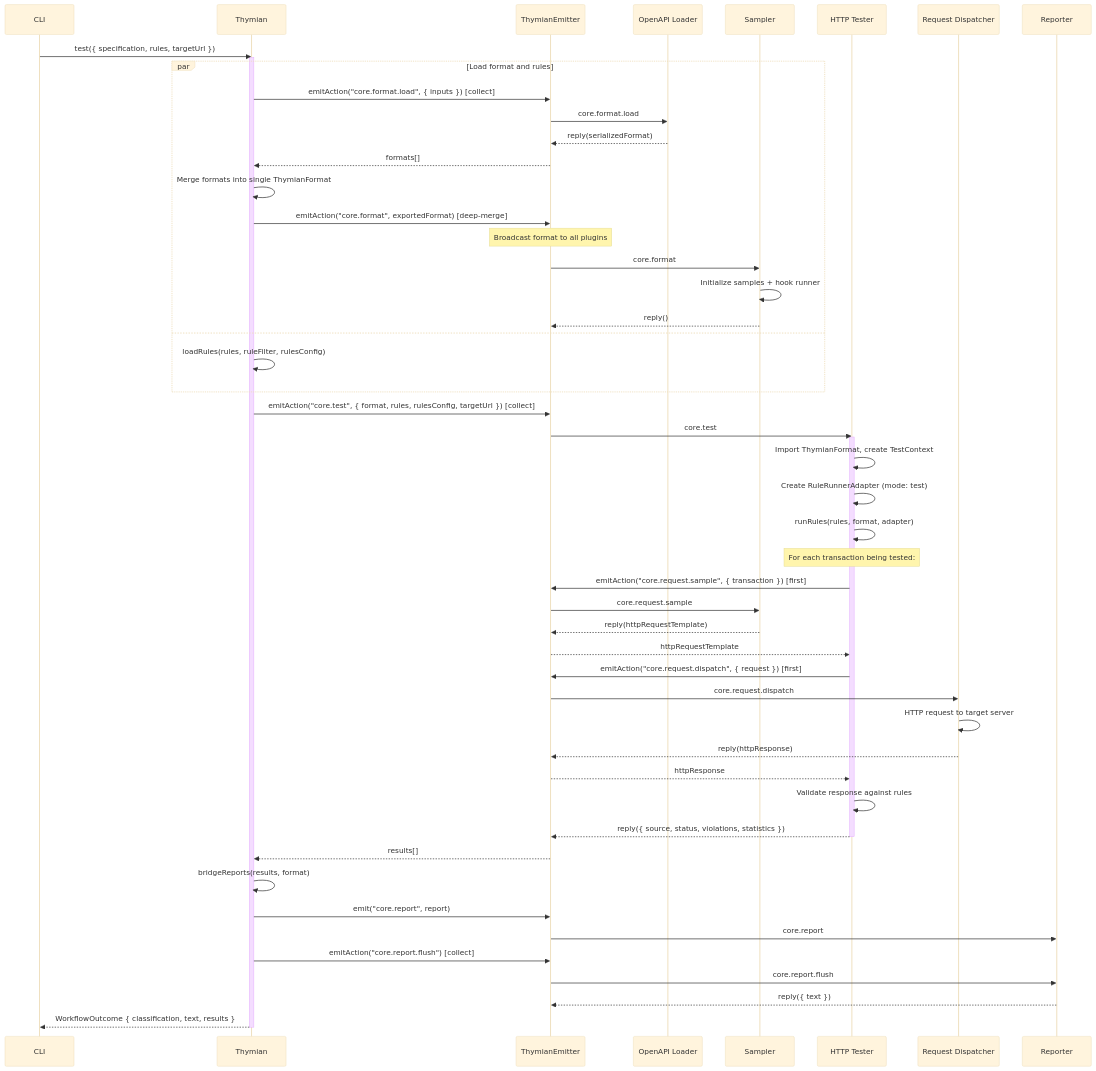
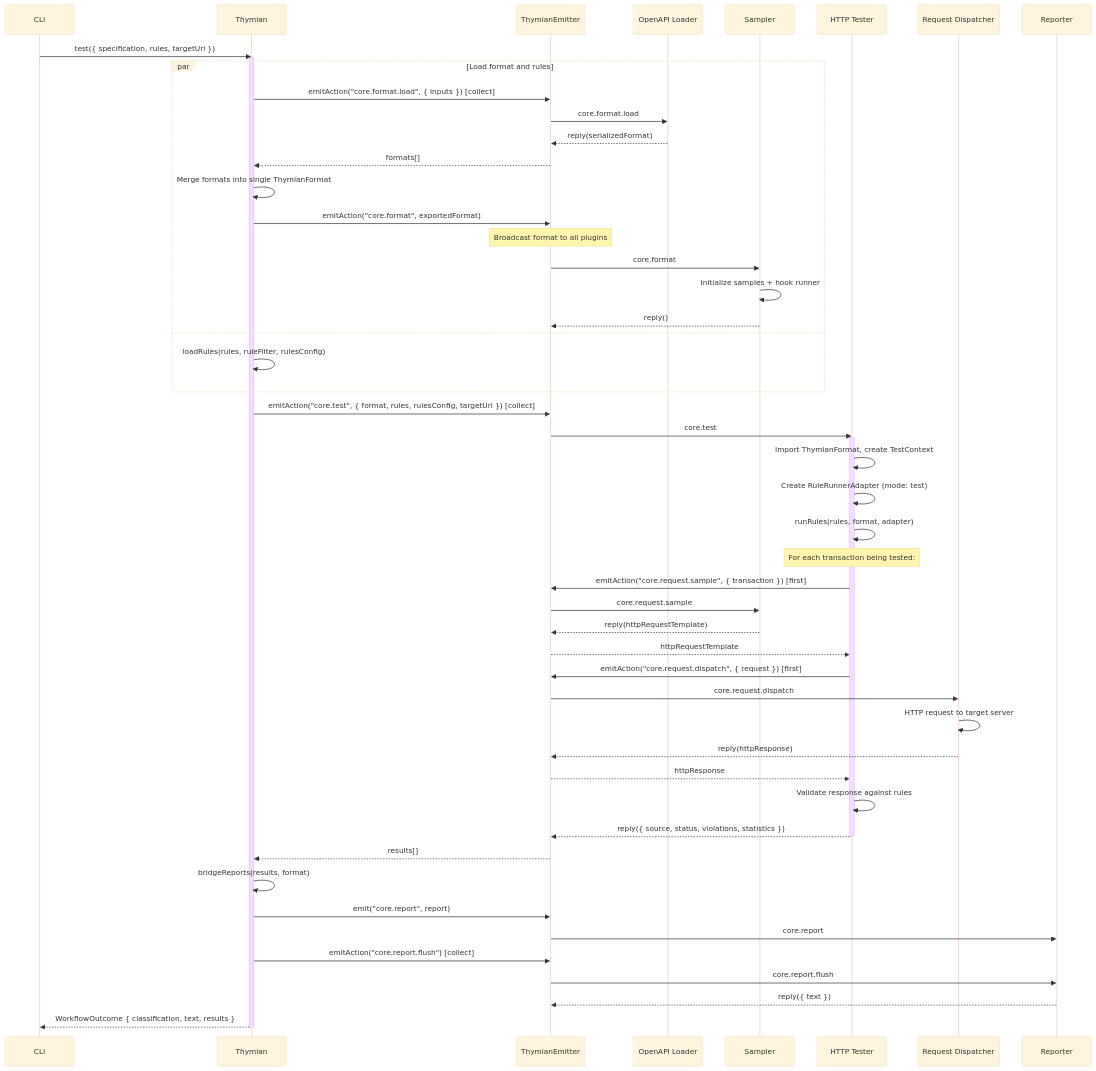
The third of 4 diagrams in docs/arc42/06-runtime-view.md (thymianofficial/thymian), drawn with Mermaid (base theme) before and after one commit. The commit also changed 4 other files, not shown here.

````diff
--- a/docs/arc42/06-runtime-view.md
+++ b/docs/arc42/06-runtime-view.md
@@ -118,68 +118,68 @@
 ```mermaid
 sequenceDiagram
   participant CLI as CLI
   participant T as Thymian
   participant E as ThymianEmitter
   participant OA as OpenAPI Loader
   participant S as Sampler
   participant HT as HTTP Tester
   participant RD as Request Dispatcher
   participant R as Reporter
 
   CLI->>T: test({ specification, rules, targetUrl })
   activate T
 
   par Load format and rules
     T->>E: emitAction("core.format.load", { inputs }) [collect]
     E->>OA: core.format.load
     OA-->>E: reply(serializedFormat)
     E-->>T: formats[]
     T->>T: Merge formats into single ThymianFormat
 
-    T->>E: emitAction("core.format", exportedFormat) [deep-merge]
+    T->>E: emitAction("core.format", exportedFormat)
     Note over E: Broadcast format to all plugins
     E->>S: core.format
     S->>S: Initialize samples + hook runner
     S-->>E: reply()
   and
     T->>T: loadRules(rules, ruleFilter, rulesConfig)
   end
 
   T->>E: emitAction("core.test", { format, rules, rulesConfig, targetUrl }) [collect]
   E->>HT: core.test
   activate HT
 
   HT->>HT: Import ThymianFormat, create TestContext
   HT->>HT: Create RuleRunnerAdapter (mode: test)
   HT->>HT: runRules(rules, format, adapter)
 
   Note over HT: For each transaction being tested:
   HT->>E: emitAction("core.request.sample", { transaction }) [first]
   E->>S: core.request.sample
   S-->>E: reply(httpRequestTemplate)
   E-->>HT: httpRequestTemplate
 
   HT->>E: emitAction("core.request.dispatch", { request }) [first]
   E->>RD: core.request.dispatch
   RD->>RD: HTTP request to target server
   RD-->>E: reply(httpResponse)
   E-->>HT: httpResponse
 
   HT->>HT: Validate response against rules
 
   HT-->>E: reply({ source, status, violations, statistics })
   deactivate HT
 
   E-->>T: results[]
 
   T->>T: bridgeReports(results, format)
   T->>E: emit("core.report", report)
   E->>R: core.report
 
   T->>E: emitAction("core.report.flush") [collect]
   E->>R: core.report.flush
   R-->>E: reply({ text })
 
   T-->>CLI: WorkflowOutcome { classification, text, results }
   deactivate T
 ```
````
